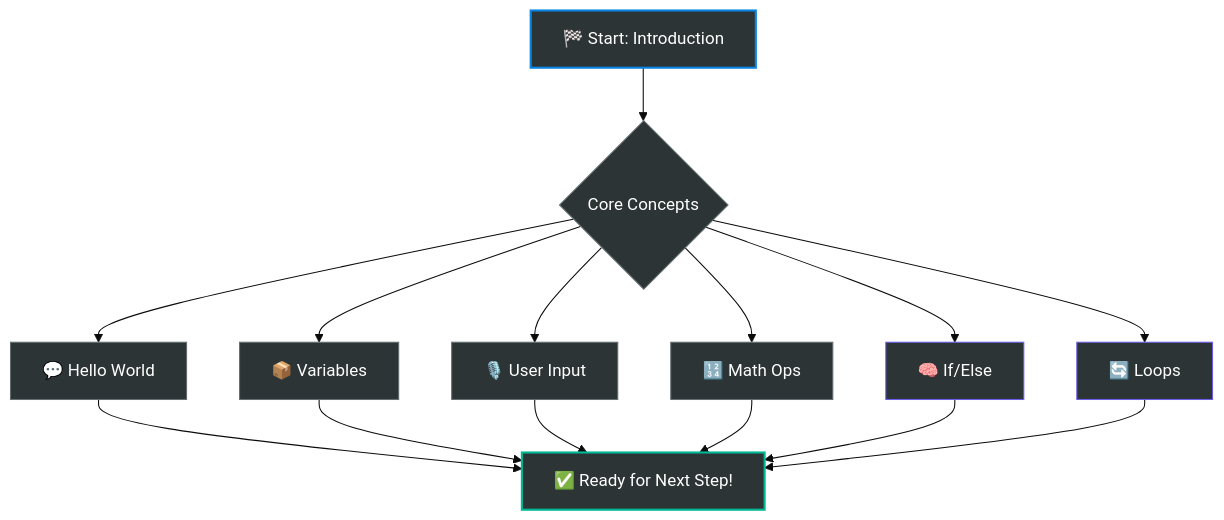
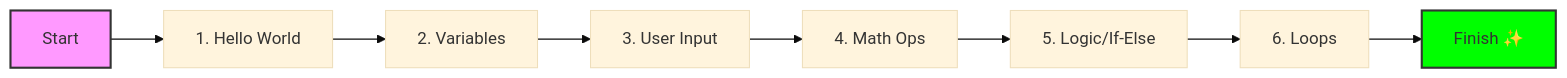
The diagram in session1/sectional codes/introduction.md (ForbSpace-Inc/bc01), drawn with Mermaid (base theme) before and after one commit. The commit also changed other lines of this file and 1 other file, not shown here.

````diff
--- a/session1/sectional codes/introduction.md
+++ b/session1/sectional codes/introduction.md
@@ -19,24 +17,13 @@
 ```mermaid
-graph TD
-    %% Node Definitions
-    A[🏁 Start: Introduction] --> B{Core Concepts}
-    B --> B1[💬 Hello World]
-    B --> B2[📦 Variables]
-    B --> B3[🎙️ User Input]
-    B --> B4[🔢 Math Ops]
-    B --> B5[🧠 If/Else]
-    B --> B6[🔄 Loops]
-    B1 & B2 & B3 & B4 & B5 & B6 --> C[✅ Ready for Next Step!]
+graph LR
+    A[Start] --> B[1. Hello World]
+    B --> C[2. Variables]
+    C --> D[3. User Input]
+    D --> E[4. Math Ops]
+    E --> F[5. Logic/If-Else]
+    F --> G[6. Loops]
+    G --> H[Finish ✨]
     
-    %% Style Definitions
-    classDef initial fill:#2d3436,stroke:#0984e3,stroke-width:2px,color:#fff
-    classDef process fill:#2d3436,stroke:#636e72,stroke-width:1px,color:#fff
-    classDef ready fill:#2d3436,stroke:#00b894,stroke-width:2px,color:#fff
-    classDef logic fill:#2d3436,stroke:#6c5ce7,stroke-width:1px,color:#fff
-
-    %% Assign Classes
-    class A initial
-    class C ready
-    class B,B1,B2,B3,B4 process
-    class B5,B6 logic
+    style A fill:#f9f,stroke:#333,stroke-width:2px
+    style H fill:#00ff00,stroke:#333,stroke-width:2px
 ```
````
